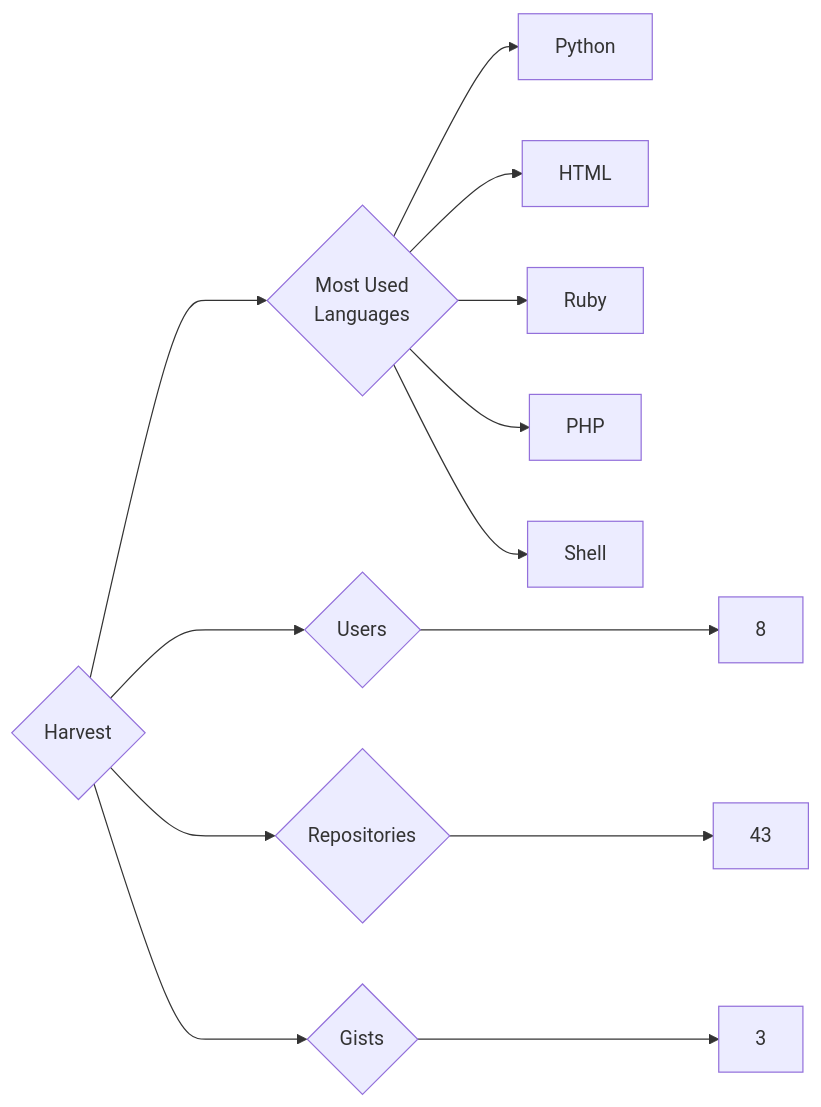
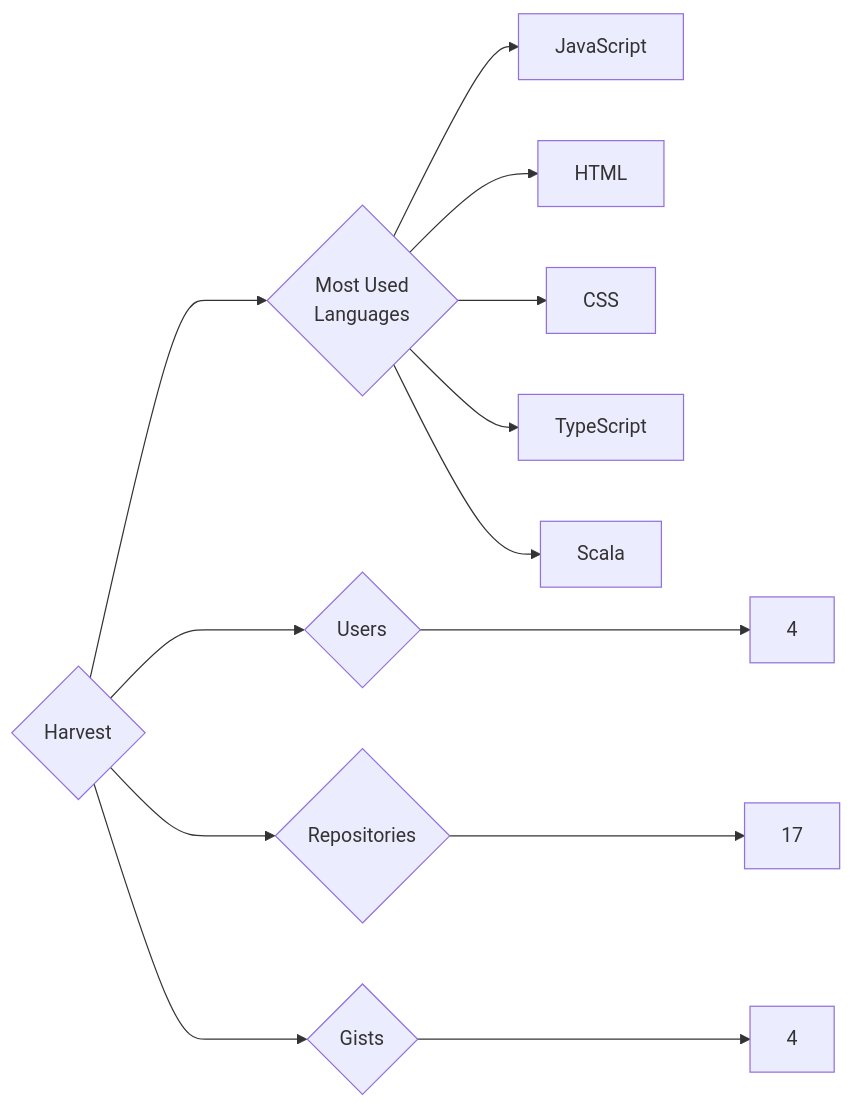
One commit to trickest/insiders changed the diagram in targets/Harvest/README.md. Above: the diagram before and after it, drawn with Mermaid. The commit also changed 861 other files, not shown here.

````diff
--- a/targets/Harvest/README.md
+++ b/targets/Harvest/README.md
@@ -3,13 +3,13 @@
 ```mermaid
 graph LR
 COMPANY_NAME{Harvest}
-COMPANY_NAME ---> U{Users} ---> UN[8]
-COMPANY_NAME ---> R{Repositories} ---> RN[43]
-COMPANY_NAME ---> G{Gists} ---> GN[3]
+COMPANY_NAME ---> U{Users} ---> UN[4]
+COMPANY_NAME ---> R{Repositories} ---> RN[17]
+COMPANY_NAME ---> G{Gists} ---> GN[4]
 COMPANY_NAME ---> ML{Most Used<br>Languages}
-ML --> Python[Python]
+ML --> JavaScript[JavaScript]
 ML --> HTML[HTML]
-ML --> Ruby[Ruby]
-ML --> PHP[PHP]
-ML --> Shell[Shell]
+ML --> CSS[CSS]
+ML --> TypeScript[TypeScript]
+ML --> Scala[Scala]
 ```
````
